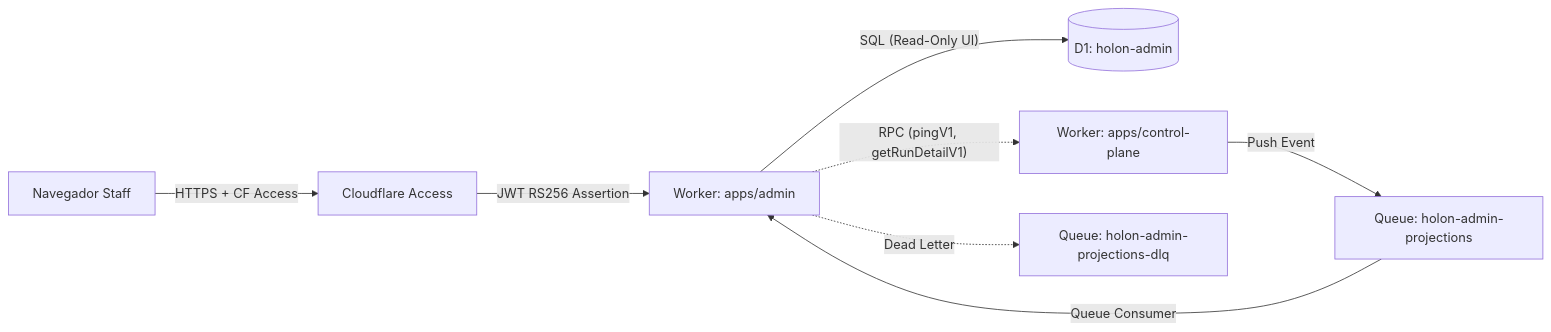
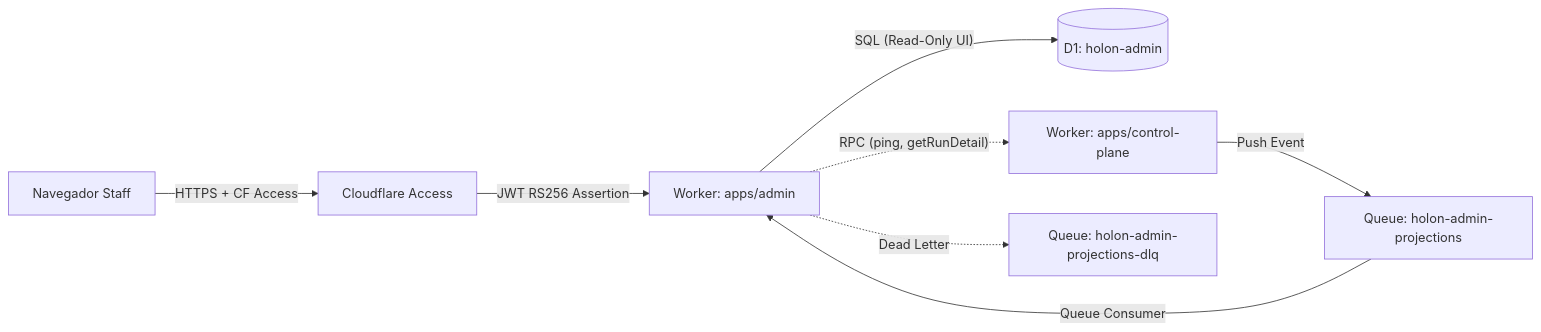
Before and after one commit to ThiagoCrepequer/holon: the diagram in docs/operations/internal-console-provisioning.md, drawn with Mermaid. The commit also changed 25 other files, not shown here.

````diff
--- a/docs/operations/internal-console-provisioning.md
+++ b/docs/operations/internal-console-provisioning.md
@@ -21,10 +21,10 @@
 ```mermaid
 flowchart LR
     Browser["Navegador Staff"] -->|"HTTPS + CF Access"| Access["Cloudflare Access"]
     Access -->|"JWT RS256 Assertion"| AdminWorker["Worker: apps/admin"]
     AdminWorker -->|"SQL (Read-Only UI)"| D1[("D1: holon-admin")]
-    AdminWorker -.->|"RPC (pingV1, getRunDetailV1)"| ControlPlane["Worker: apps/control-plane"]
+    AdminWorker -.->|"RPC (ping, getRunDetail)"| ControlPlane["Worker: apps/control-plane"]
     ControlPlane -->|"Push Event"| Queue["Queue: holon-admin-projections"]
     Queue -->|"Queue Consumer"| AdminWorker
     AdminWorker -.->|"Dead Letter"| DLQ["Queue: holon-admin-projections-dlq"]
 ```
````
